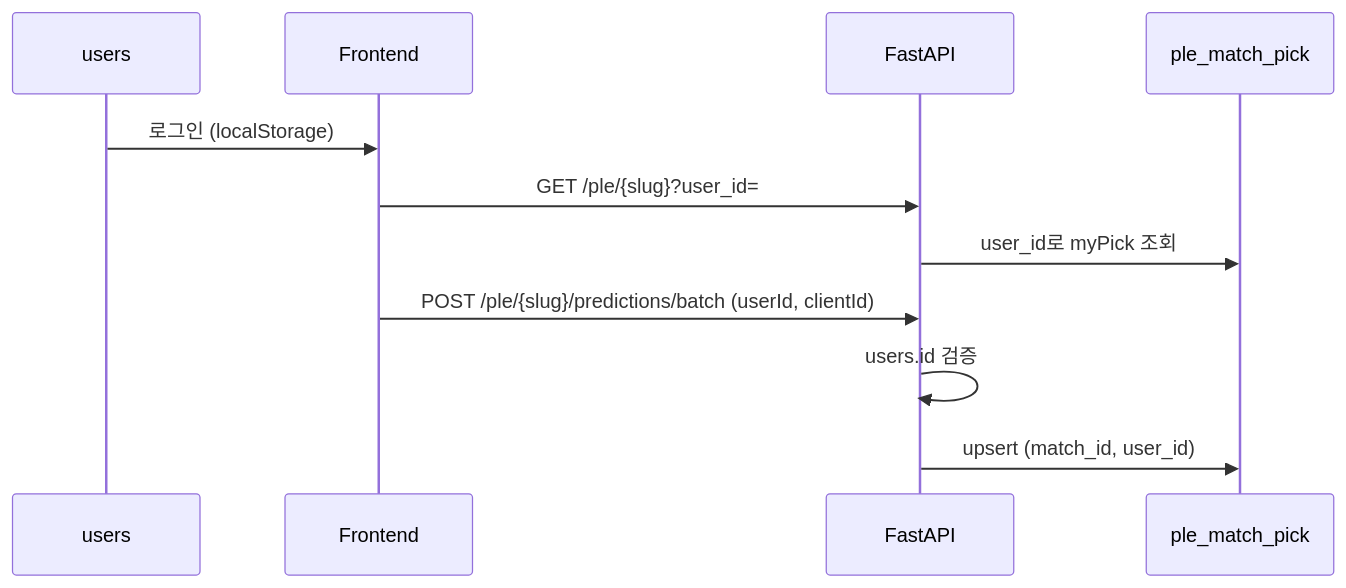
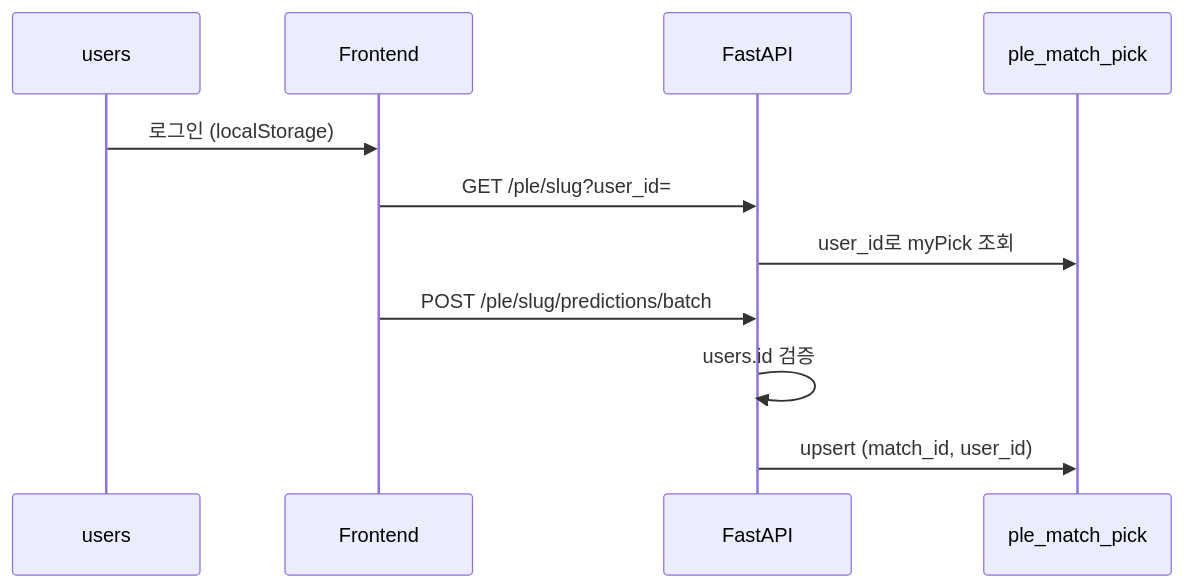
One commit to jsangho/cloud.jsangho.docs changed the third of 3 diagrams in DevOps/Backend/KAYFABE_ERD.md. Above: the diagram before and after it, drawn with Mermaid. The commit also changed other lines of this file and 2 other files, not shown here.

````diff
--- a/DevOps/Backend/KAYFABE_ERD.md
+++ b/DevOps/Backend/KAYFABE_ERD.md
@@ -216,14 +201,14 @@
 ```mermaid
 sequenceDiagram
     participant U as users
     participant F as Frontend
     participant API as FastAPI
     participant P as ple_match_pick
 
     U->>F: 로그인 (localStorage)
-    F->>API: GET /ple/{slug}?user_id=
+    F->>API: GET /ple/slug?user_id=
     API->>P: user_id로 myPick 조회
-    F->>API: POST /ple/{slug}/predictions/batch (userId, clientId)
+    F->>API: POST /ple/slug/predictions/batch
     API->>API: users.id 검증
     API->>P: upsert (match_id, user_id)
 ```
````
